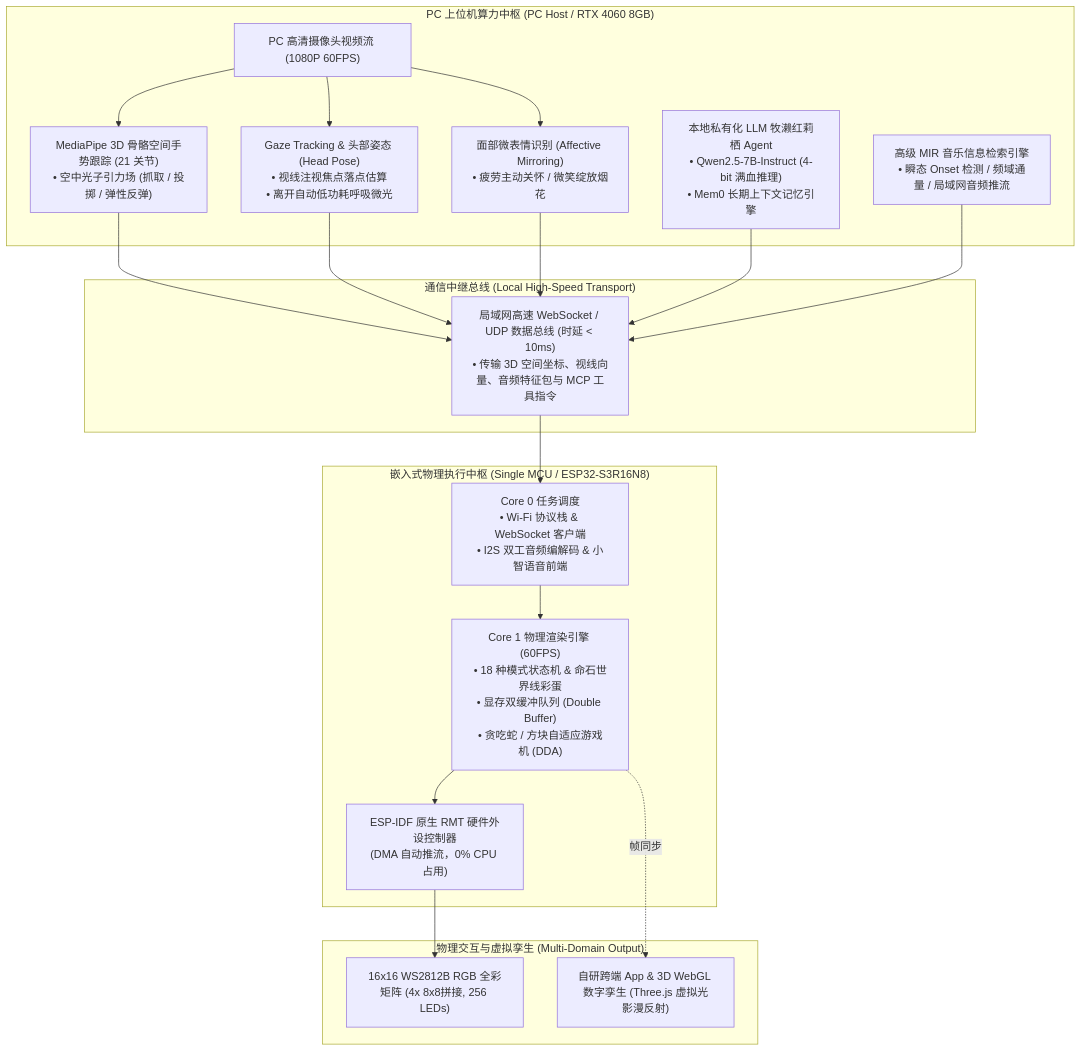
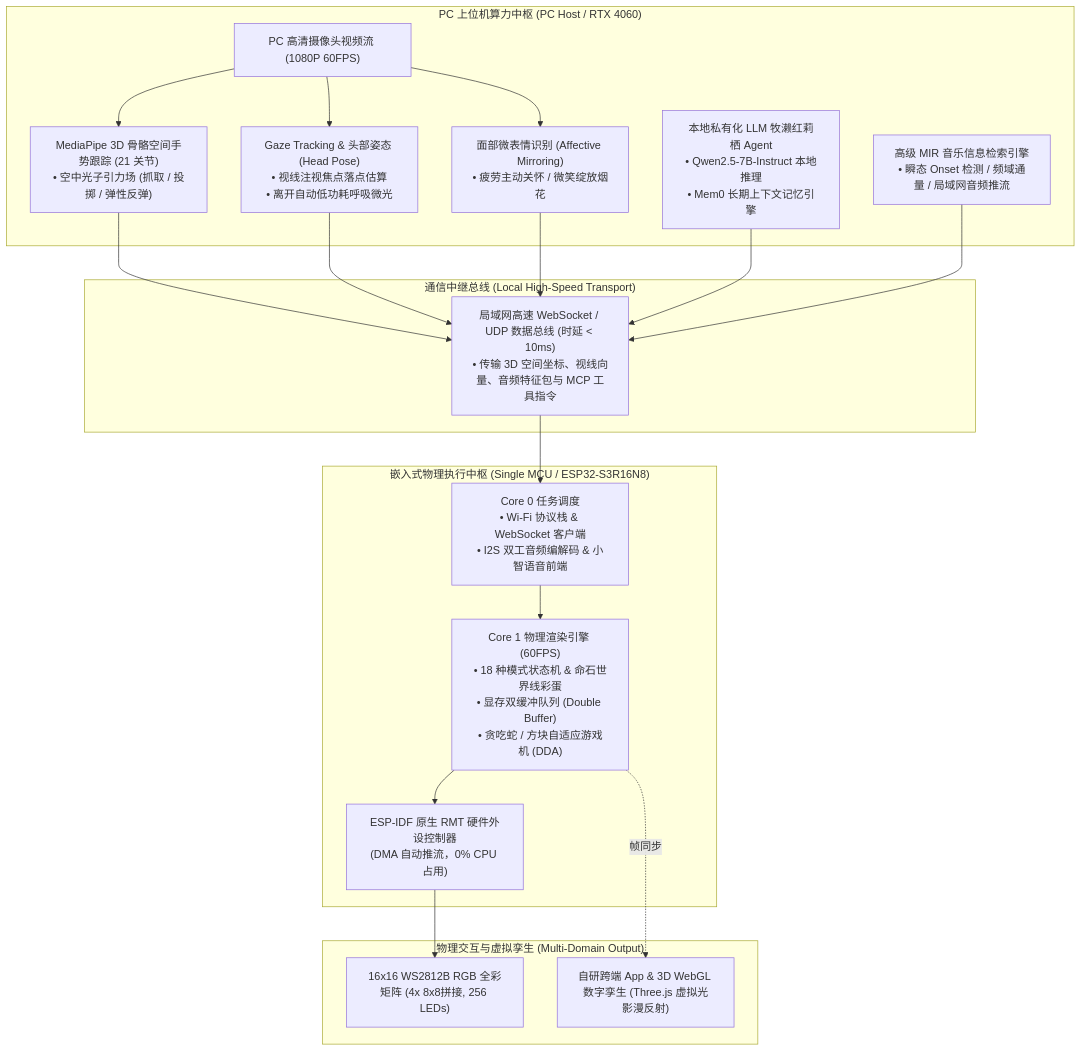
Before and after one commit to DongFengPo1412/Intelligent-Lighting-Control-System-Pro: the diagram in README.md, drawn with Mermaid. The commit also changed other lines of this file and 2 other files, not shown here.

````diff
--- a/README.md
+++ b/README.md
@@ -41,33 +41,33 @@
 ```mermaid
 graph TD
-    subgraph "PC 上位机算力中枢 (PC Host / RTX 4060 8GB)"
+    subgraph "PC 上位机算力中枢 (PC Host / RTX 4060)"
         CAM["PC 高清摄像头视频流 (1080P 60FPS)"]
         MP["MediaPipe 3D 骨骼空间手势跟踪 (21 关节)<br>• 空中光子引力场 (抓取 / 投掷 / 弹性反弹)"]
         GAZE["Gaze Tracking & 头部姿态 (Head Pose)<br>• 视线注视焦点落点估算<br>• 离开自动低功耗呼吸微光"]
         EMO["面部微表情识别 (Affective Mirroring)<br>• 疲劳主动关怀 / 微笑绽放烟花"]
-        LLM["本地私有化 LLM 牧濑红莉栖 Agent<br>• Qwen2.5-7B-Instruct (4-bit 满血推理)<br>• Mem0 长期上下文记忆引擎"]
+        LLM["本地私有化 LLM 牧濑红莉栖 Agent<br>• Qwen2.5-7B-Instruct 本地推理<br>• Mem0 长期上下文记忆引擎"]
         MIR["高级 MIR 音乐信息检索引擎<br>• 瞬态 Onset 检测 / 频域通量 / 局域网音频推流"]
     end
 
     subgraph "通信中继总线 (Local High-Speed Transport)"
         WS["局域网高速 WebSocket / UDP 数据总线 (时延 < 10ms)<br>• 传输 3D 空间坐标、视线向量、音频特征包与 MCP 工具指令"]
     end
 
     subgraph "嵌入式物理执行中枢 (Single MCU / ESP32-S3R16N8)"
         CORE0["Core 0 任务调度<br>• Wi-Fi 协议栈 & WebSocket 客户端<br>• I2S 双工音频编解码 & 小智语音前端"]
         CORE1["Core 1 物理渲染引擎 (60FPS)<br>• 18 种模式状态机 & 命石世界线彩蛋<br>• 显存双缓冲队列 (Double Buffer)<br>• 贪吃蛇 / 方块自适应游戏机 (DDA)"]
         RMT["ESP-IDF 原生 RMT 硬件外设控制器<br>(DMA 自动推流，0% CPU 占用)"]
     end
 
     subgraph "物理交互与虚拟孪生 (Multi-Domain Output)"
         MATRIX["16x16 WS2812B RGB 全彩矩阵 (4x 8x8拼接, 256 LEDs)"]
         TWIN["自研跨端 App & 3D WebGL 数字孪生 (Three.js 虚拟光影漫反射)"]
     end
 
     CAM --> MP & GAZE & EMO
     MP & GAZE & EMO & LLM & MIR --> WS
     WS --> CORE0
     CORE0 --> CORE1
     CORE1 --> RMT --> MATRIX
     CORE1 -. "帧同步" .-> TWIN
 ```
````
